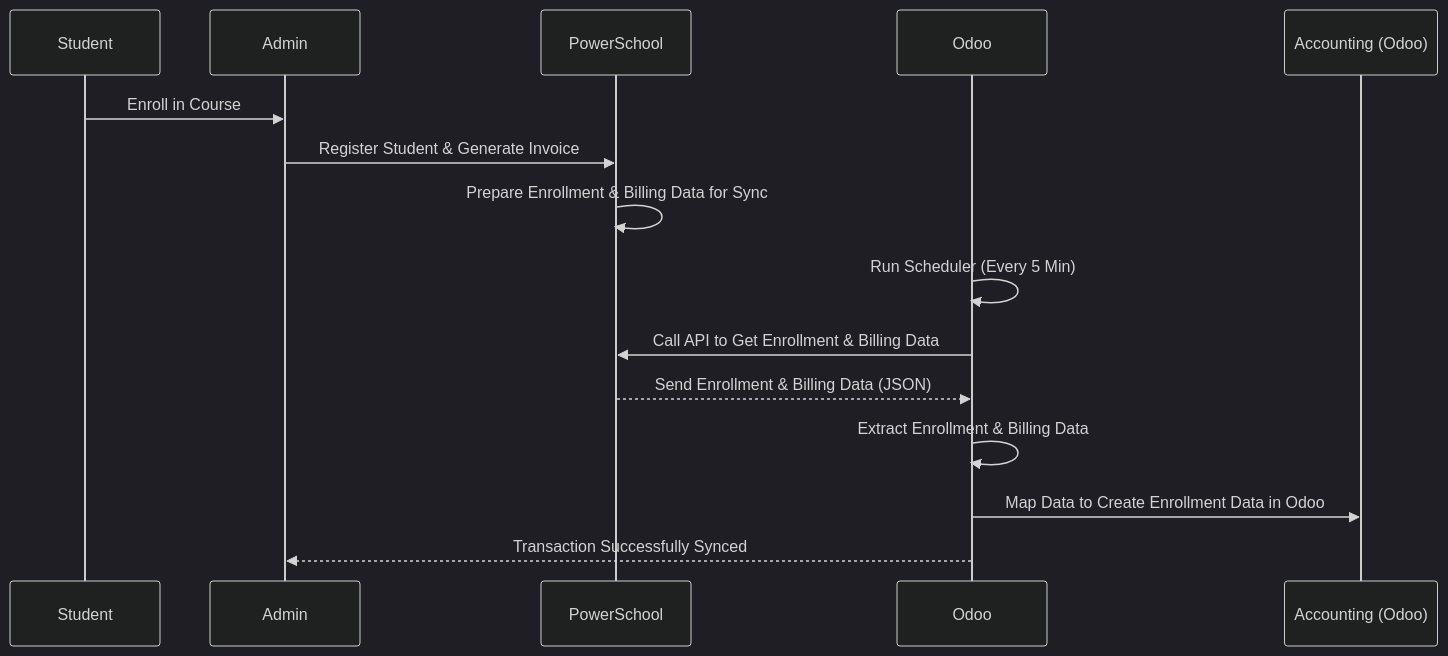
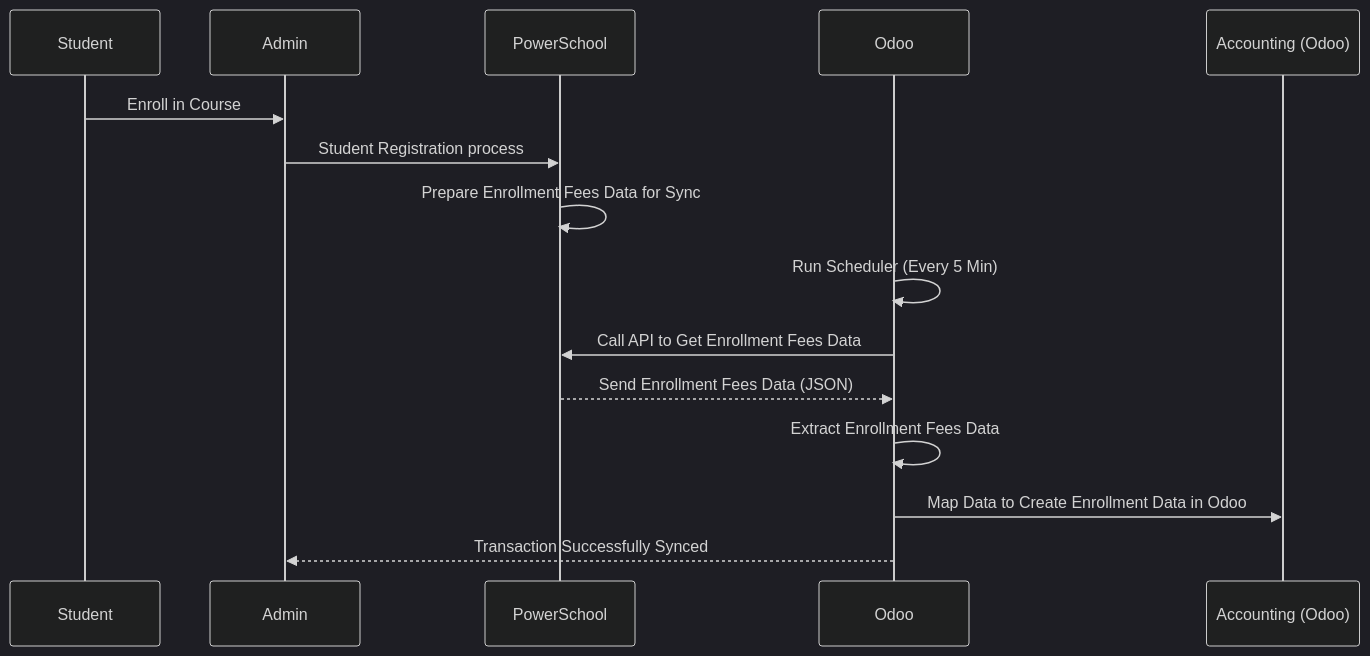
One commit to kamalyui9/lincoln_school changed the third of 3 diagrams in PowerSchool Provides Rest API.md. Above: the diagram before and after it, drawn with Mermaid (dark theme).

Commit message:
Update PowerSchool Provides Rest API.md

````diff
--- a/PowerSchool Provides Rest API.md
+++ b/PowerSchool Provides Rest API.md
@@ -42,18 +42,18 @@
 ```mermaid
 sequenceDiagram
     participant Student as Student
     participant Admin as Admin
     participant PowerSchool as PowerSchool
     participant Odoo as Odoo
     participant Accounting as Accounting (Odoo)
 
     Student->>Admin: Enroll in Course
-    Admin->>PowerSchool: Register Student & Generate Invoice
-    PowerSchool->>PowerSchool: Prepare Enrollment & Billing Data for Sync
+    Admin->>PowerSchool: Student Registration process
+    PowerSchool->>PowerSchool: Prepare Enrollment Fees Data for Sync
     Odoo->>Odoo: Run Scheduler (Every 5 Min)
-    Odoo->>PowerSchool: Call API to Get Enrollment & Billing Data
-    PowerSchool-->>Odoo: Send Enrollment & Billing Data (JSON)
-    Odoo->>Odoo: Extract Enrollment & Billing Data
+    Odoo->>PowerSchool: Call API to Get Enrollment Fees Data
+    PowerSchool-->>Odoo: Send Enrollment Fees Data (JSON)
+    Odoo->>Odoo: Extract Enrollment Fees Data
     Odoo->>Accounting: Map Data to Create Enrollment Data in Odoo
     Odoo-->>Admin: Transaction Successfully Synced
 ```
````
